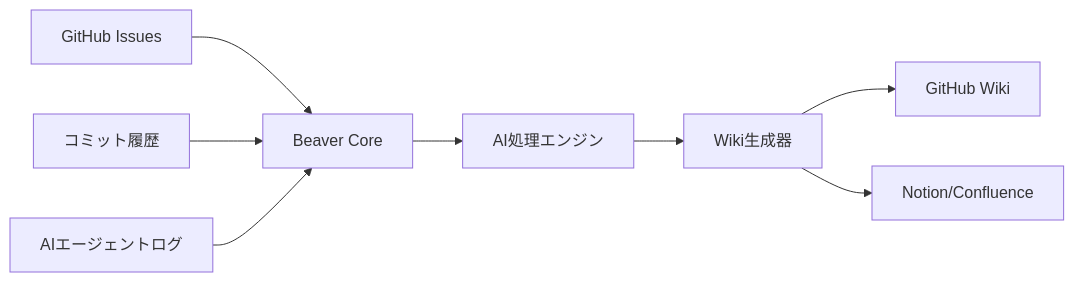
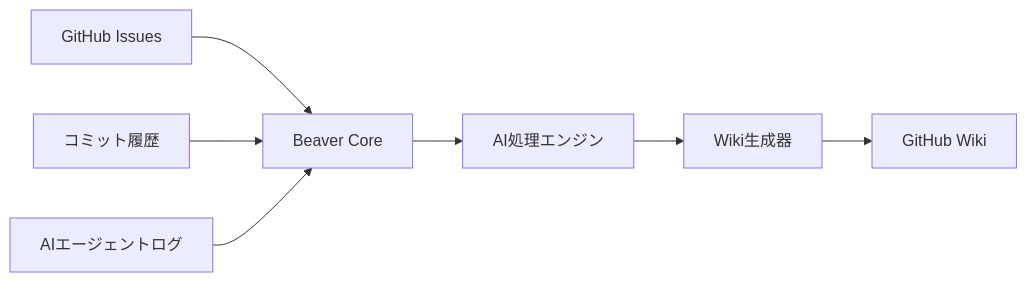
The first of 2 diagrams in README.md (nyasuto/beaver), drawn with Mermaid before and after one commit. The commit also changed other lines of this file and 4 other files, not shown here.

````diff
--- a/README.md
+++ b/README.md
@@ -57,10 +57,9 @@
 ```mermaid
 graph LR
     A[GitHub Issues] --> D[Beaver Core]
     B[コミット履歴] --> D
     C[AIエージェントログ] --> D
     D --> E[AI処理エンジン]
     E --> F[Wiki生成器]
     F --> G[GitHub Wiki]
-    F --> H[Notion/Confluence]
 ```
````
